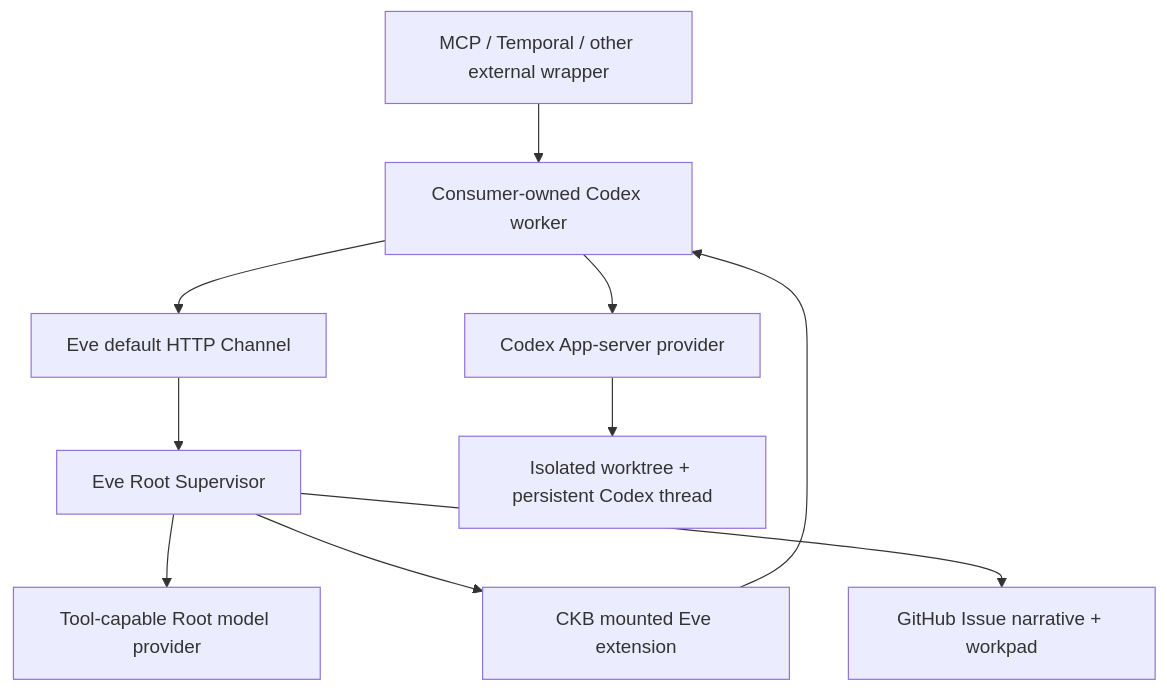
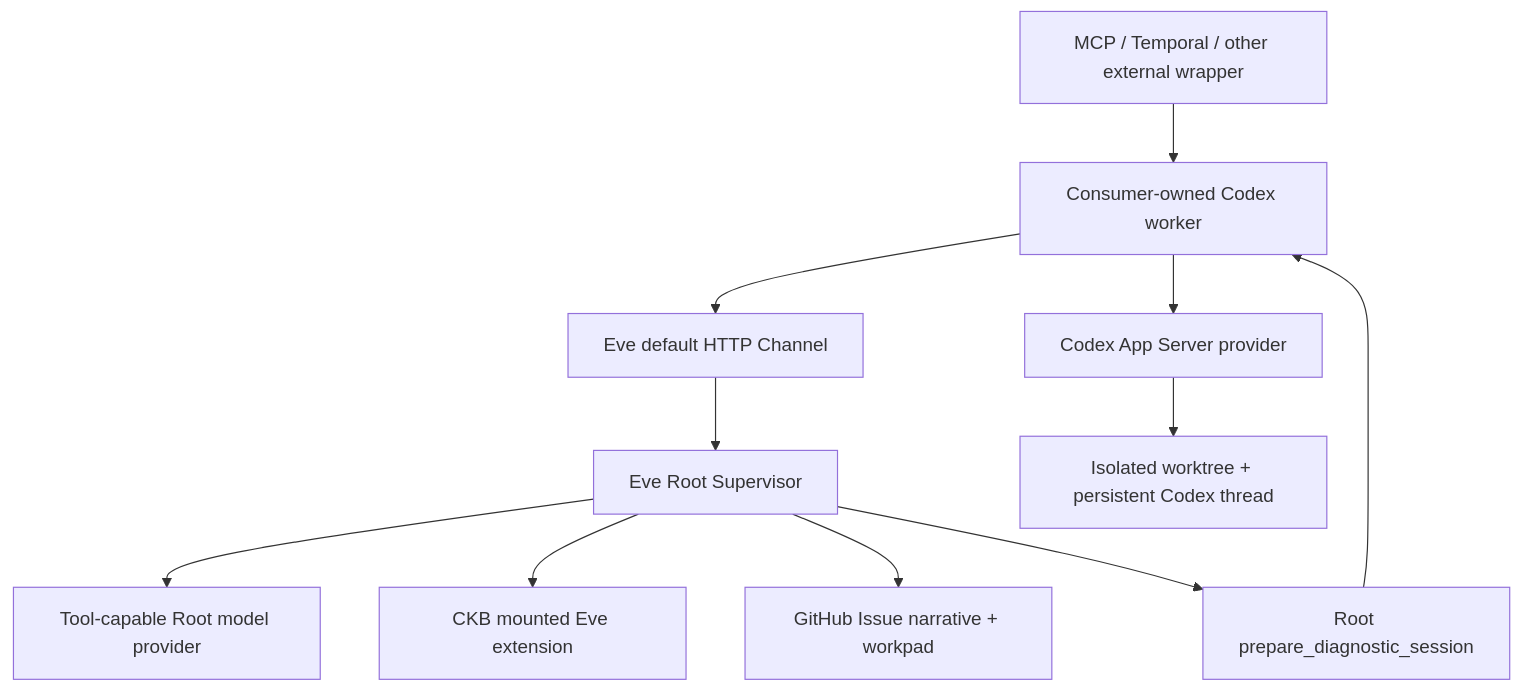
The diagram in README.md (Alive24/FailureReport), drawn with Mermaid before and after one commit. The commit also changed other lines of this file and 37 other files, not shown here.

First line of the commit message:
Refactor: enhance diagnostic session management and clarify provider responsibilities

````diff
--- a/README.md
+++ b/README.md
@@ -15,12 +15,13 @@
 ```mermaid
 flowchart TD
   M["MCP / Temporal / other external wrapper"] --> C["Eve Channel client"]
   C --> H["Eve default HTTP Channel"]
   H --> E["Eve Root Supervisor"]
   E --> R["Tool-capable Root model provider"]
   E --> X["CKB mounted Eve extension"]
   E --> I["GitHub Issue narrative + workpad"]
-  X --> C["Consumer-owned Codex worker"]
-  C --> A["Codex App-server provider"]
+  E --> D["Root prepare_diagnostic_session"]
+  D --> C["Consumer-owned Codex worker"]
+  C --> A["Codex App Server provider"]
   A --> W["Isolated worktree + persistent Codex thread"]
 ```
````
